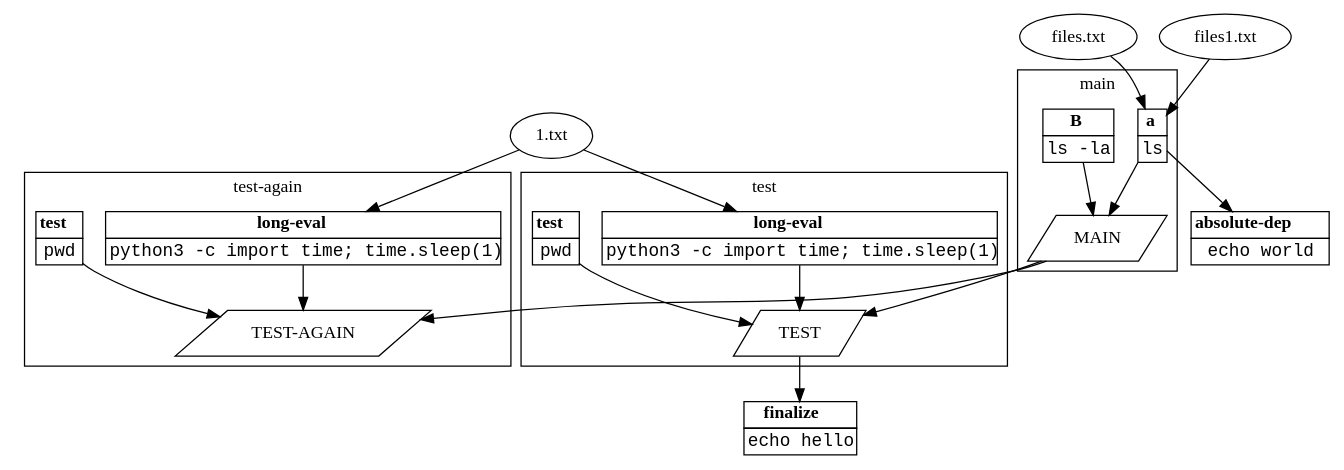
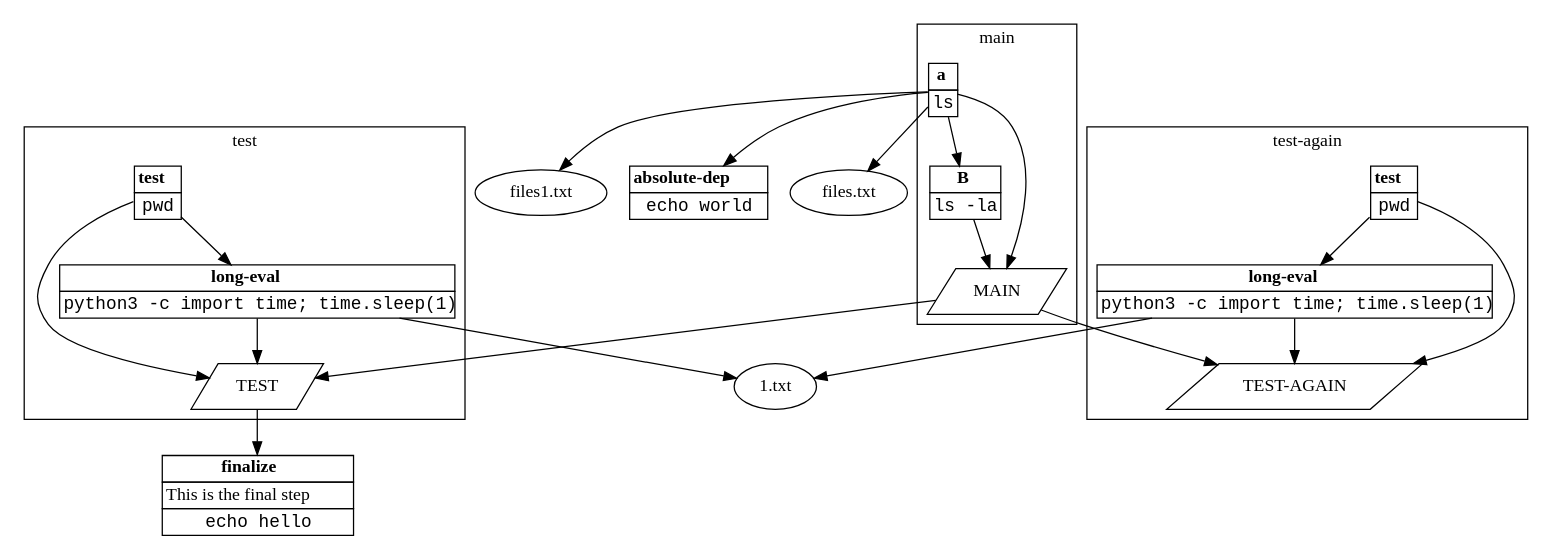
One commit to tivvit/yap changed the diagram in graph.dot. Above: the diagram before and after it, drawn with Graphviz. The commit also changed 12 other files, not shown here.

```diff
--- a/graph.dot
+++ b/graph.dot
@@ -1,44 +1,47 @@
 digraph  {
 	subgraph cluster_s0 {
 		ID = "cluster_s0";
 		label="main";
-		n4[label=<<table BORDER="0" CELLBORDER="1" CELLSPACING="0"><tr><td><b>B</b></td></tr><tr><td><font face="Courier New, Courier, monospace">ls -la</font></td></tr></table>>,shape="plain"];
+		n4[label=<<table border="0" cellborder="1" cellspacing="0"><tr><td><b>B</b></td></tr><tr><td><font face="Courier New, Courier, monospace">ls -la</font></td></tr></table>>,shape="plain"];
 		n3[label="MAIN",shape="parallelogram"];
-		n5[label=<<table BORDER="0" CELLBORDER="1" CELLSPACING="0"><tr><td><b>a</b></td></tr><tr><td><font face="Courier New, Courier, monospace">ls</font></td></tr></table>>,shape="plain"];
+		n5[label=<<table border="0" cellborder="1" cellspacing="0"><tr><td><b>a</b></td></tr><tr><td><font face="Courier New, Courier, monospace">ls</font></td></tr></table>>,shape="plain"];
 		
 	}subgraph cluster_s1 {
 		ID = "cluster_s1";
 		label="test";
 		n8[label="TEST",shape="parallelogram"];
-		n10[label=<<table BORDER="0" CELLBORDER="1" CELLSPACING="0"><tr><td><b>long-eval</b></td></tr><tr><td><font face="Courier New, Courier, monospace">python3 -c import time; time.sleep(1)</font></td></tr></table>>,shape="plain"];
-		n9[label=<<table BORDER="0" CELLBORDER="1" CELLSPACING="0"><tr><td><b>test</b></td></tr><tr><td><font face="Courier New, Courier, monospace">pwd</font></td></tr></table>>,shape="plain"];
+		n9[label=<<table border="0" cellborder="1" cellspacing="0"><tr><td><b>long-eval</b></td></tr><tr><td><font face="Courier New, Courier, monospace">python3 -c import time; time.sleep(1)</font></td></tr></table>>,shape="plain"];
+		n11[label=<<table border="0" cellborder="1" cellspacing="0"><tr><td><b>test</b></td></tr><tr><td><font face="Courier New, Courier, monospace">pwd</font></td></tr></table>>,shape="plain"];
 		
 	}subgraph cluster_s2 {
 		ID = "cluster_s2";
 		label="test-again";
 		n12[label="TEST-AGAIN",shape="parallelogram"];
-		n14[label=<<table BORDER="0" CELLBORDER="1" CELLSPACING="0"><tr><td><b>long-eval</b></td></tr><tr><td><font face="Courier New, Courier, monospace">python3 -c import time; time.sleep(1)</font></td></tr></table>>,shape="plain"];
-		n13[label=<<table BORDER="0" CELLBORDER="1" CELLSPACING="0"><tr><td><b>test</b></td></tr><tr><td><font face="Courier New, Courier, monospace">pwd</font></td></tr></table>>,shape="plain"];
+		n14[label=<<table border="0" cellborder="1" cellspacing="0"><tr><td><b>long-eval</b></td></tr><tr><td><font face="Courier New, Courier, monospace">python3 -c import time; time.sleep(1)</font></td></tr></table>>,shape="plain"];
+		n13[label=<<table border="0" cellborder="1" cellspacing="0"><tr><td><b>test</b></td></tr><tr><td><font face="Courier New, Courier, monospace">pwd</font></td></tr></table>>,shape="plain"];
 		
 	}
-	n11[label="1.txt"];
-	n2[label=<<table BORDER="0" CELLBORDER="1" CELLSPACING="0"><tr><td><b>absolute-dep</b></td></tr><tr><td><font face="Courier New, Courier, monospace">echo world</font></td></tr></table>>,shape="plain"];
+	n10[label="1.txt"];
+	n2[label=<<table border="0" cellborder="1" cellspacing="0"><tr><td><b>absolute-dep</b></td></tr><tr><td><font face="Courier New, Courier, monospace">echo world</font></td></tr></table>>,shape="plain"];
 	n6[label="files.txt"];
 	n7[label="files1.txt"];
-	n1[label=<<table BORDER="0" CELLBORDER="1" CELLSPACING="0"><tr><td><b>finalize</b></td></tr><tr><td><font face="Courier New, Courier, monospace">echo hello</font></td></tr></table>>,shape="plain"];
-	n11->n10;
-	n11->n14;
+	n1[label=<<table border="0" cellborder="1" cellspacing="0"><tr><td><b>finalize</b></td></tr><tr><td>This is the final step</td></tr><tr><td><font face="Courier New, Courier, monospace">echo hello</font></td></tr></table>>,shape="plain"];
 	n4->n3;
+	n3->n8;
 	n3->n12;
-	n3->n8;
 	n8->n1;
 	n5->n2;
+	n5->n4;
 	n5->n3;
-	n6->n5;
-	n7->n5;
-	n10->n8;
+	n5->n6;
+	n5->n7;
+	n9->n8;
+	n9->n10;
 	n14->n12;
-	n9->n8;
+	n14->n10;
+	n11->n9;
+	n13->n14;
+	n11->n8;
 	n13->n12;
 	
 }
```
